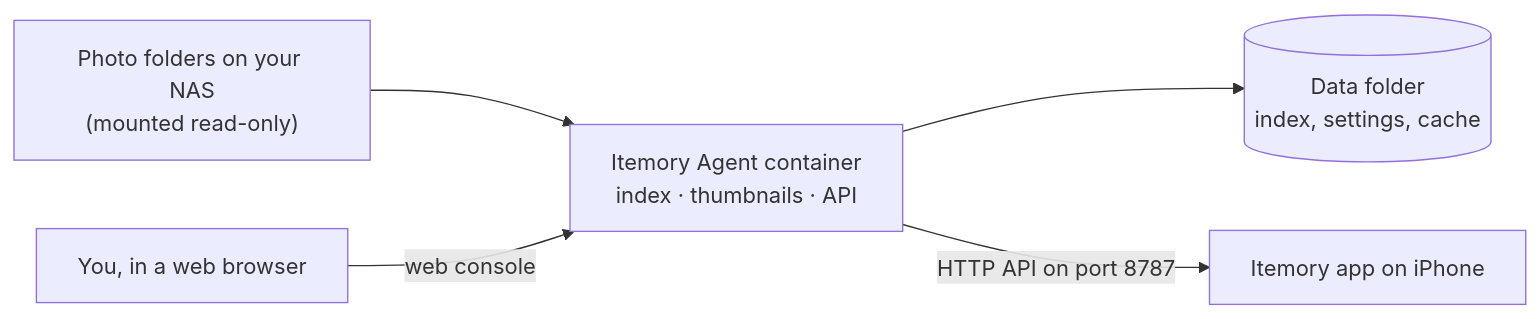
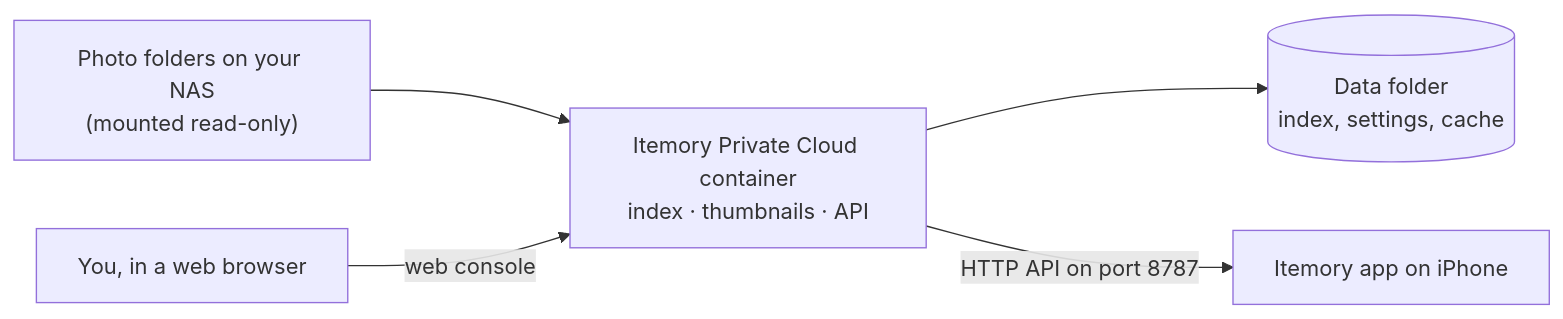
The diagram in README.md (SherlockGougou/itemory-agent), drawn with Mermaid before and after one commit. The commit also changed other lines of this file and 19 other files, not shown here.

````diff
--- a/README.md
+++ b/README.md
@@ -60,7 +60,7 @@
 ```mermaid
 flowchart LR
-  Photos["Photo folders on your NAS<br/>(mounted read-only)"] --> Agent["Itemory Agent container<br/>index · thumbnails · API"]
+  Photos["Photo folders on your NAS<br/>(mounted read-only)"] --> Agent["Itemory Private Cloud container<br/>index · thumbnails · API"]
   Agent --> Data[("Data folder<br/>index, settings, cache")]
   Agent -- "HTTP API on port 8787" --> App["Itemory app on iPhone"]
   Admin["You, in a web browser"] -- "web console" --> Agent
 ```
````
